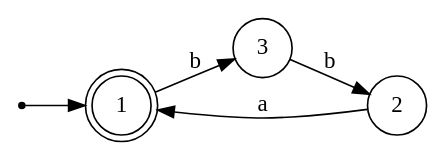
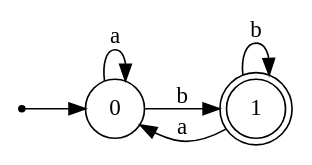
The diagram in drawings/my_dfa.dot (pentagonalize/crasp_reg), drawn with Graphviz before and after one commit. The commit also changed 10 other files, not shown here.

```diff
--- a/drawings/my_dfa.dot
+++ b/drawings/my_dfa.dot
@@ -1,12 +1,12 @@
 digraph DFA {
 rankdir=LR;
 node [shape=circle];
+0 [shape=circle];
 1 [shape=doublecircle];
-2 [shape=circle];
-3 [shape=circle];
-1 -> 3 [label="b"];
-2 -> 1 [label="a"];
-3 -> 2 [label="b"];
+0 -> 0 [label="a"];
+0 -> 1 [label="b"];
+1 -> 0 [label="a"];
+1 -> 1 [label="b"];
 _start [shape=point, label=""];
-_start -> 1;
+_start -> 0;
 }
```
